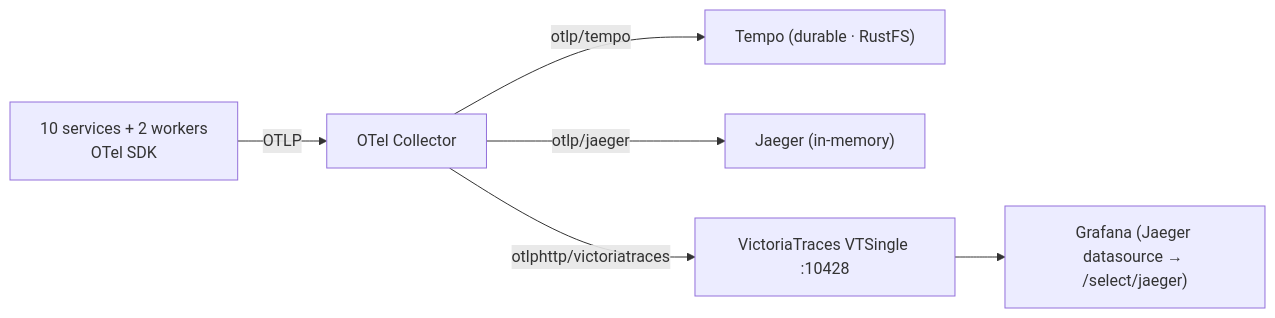
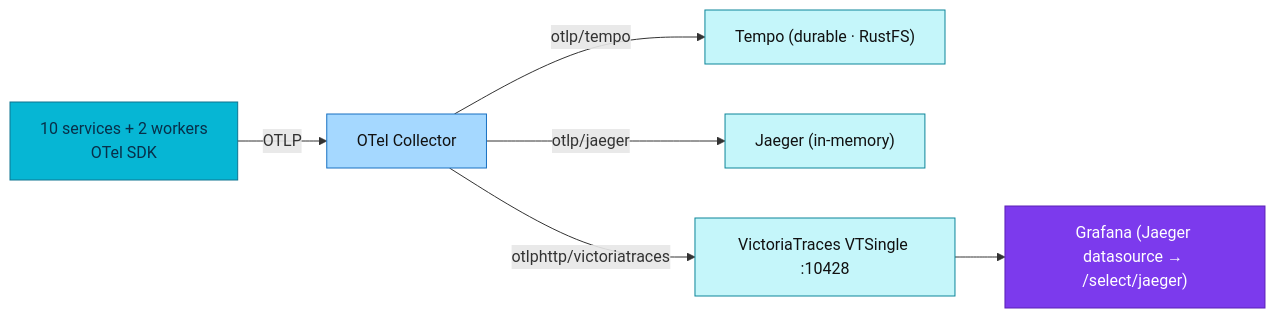
Before and after one commit to duynhlab/homelab: the diagram in docs/observability/tracing/victoriatraces.md, drawn with Mermaid. The commit also changed 33 other files, not shown here.

First line of the commit message:
Refresh observability diagrams (#516)

````diff
--- a/docs/observability/tracing/victoriatraces.md
+++ b/docs/observability/tracing/victoriatraces.md
@@ -16,8 +16,16 @@
 ```mermaid
 flowchart LR
   Apps["10 services + 2 workers<br/>OTel SDK"] -->|OTLP| OC["OTel Collector"]
   OC -->|otlp/tempo| T["Tempo (durable · RustFS)"]
   OC -->|otlp/jaeger| J["Jaeger (in-memory)"]
   OC -->|otlphttp/victoriatraces| V["VictoriaTraces VTSingle :10428"]
   V --> G["Grafana (Jaeger datasource → /select/jaeger)"]
+  classDef service fill:#06b6d4,color:#082f49,stroke:#0e7490;
+  classDef trace fill:#c5f6fa,color:#111,stroke:#0c8599;
+  classDef collector fill:#a5d8ff,color:#111,stroke:#1971c2;
+  classDef platform fill:#7c3aed,color:#fff,stroke:#5b21b6;
+  class Apps service;
+  class OC collector;
+  class T,J,V trace;
+  class G platform;
 ```
````
